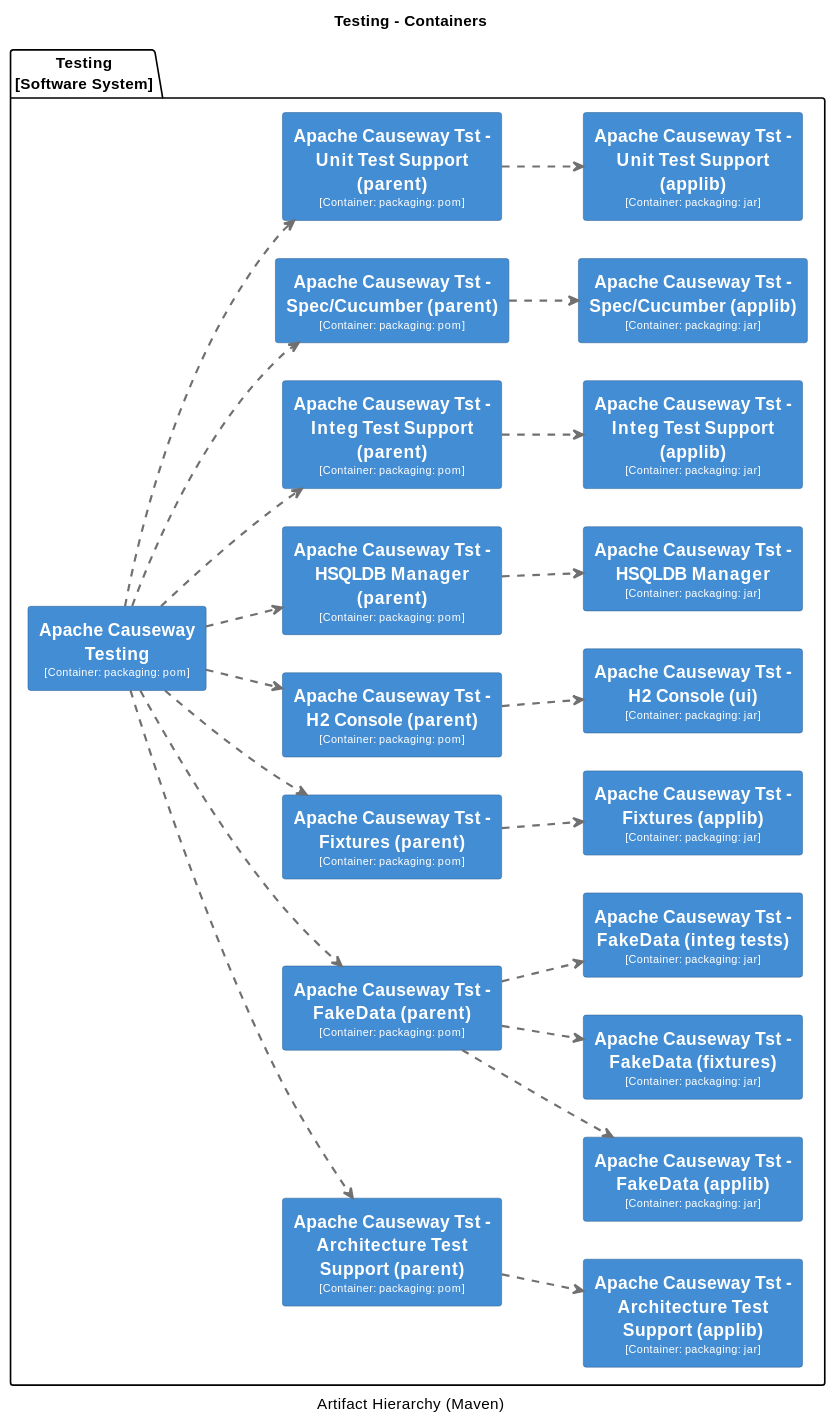
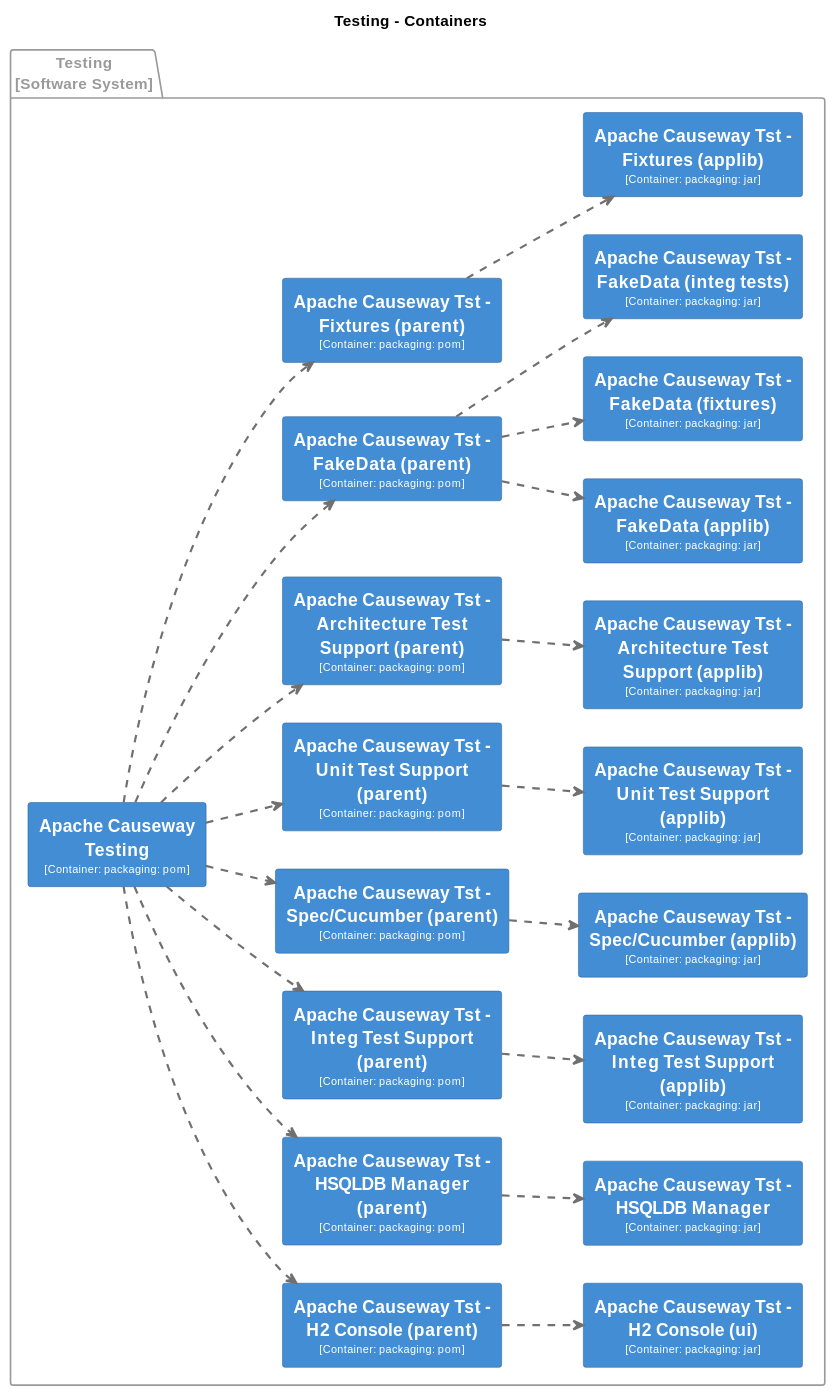
One commit to apache/causeway changed the third of 31 diagrams in core/adoc/modules/_overview/pages/about.adoc. Above: the diagram before and after it, drawn with PlantUML. The commit also changed other lines of this file and 7 other files, not shown here.

```diff
--- a/core/adoc/modules/_overview/pages/about.adoc
+++ b/core/adoc/modules/_overview/pages/about.adoc
@@ -128,8 +144,10 @@
 [plantuml,Testing,svg]
 ----
-@startuml(id=Testing)
+@startuml
+set separator none
 title Testing - Containers
-caption Artifact Hierarchy (Maven)
+
+left to right direction
 
 skinparam {
   shadowing false
@@ -138,141 +156,147 @@
   wrapWidth 200
   maxMessageSize 100
 }
+
 hide stereotype
-left to right direction
-skinparam rectangle<<11>> {
+
+skinparam rectangle<<Testing.ApacheCausewayTesting>> {
   BackgroundColor #438dd5
   FontColor #fffffe
   BorderColor #2e6295
 }
-skinparam rectangle<<12>> {
+skinparam rectangle<<Testing.ApacheCausewayTstArchitectureTestSupportapplib>> {
   BackgroundColor #438dd5
   FontColor #fffffe
   BorderColor #2e6295
 }
-skinparam rectangle<<13>> {
+skinparam rectangle<<Testing.ApacheCausewayTstArchitectureTestSupportparent>> {
   BackgroundColor #438dd5
   FontColor #fffffe
   BorderColor #2e6295
 }
-skinparam rectangle<<14>> {
+skinparam rectangle<<Testing.ApacheCausewayTstFakeDataapplib>> {
   BackgroundColor #438dd5
   FontColor #fffffe
   BorderColor #2e6295
 }
-skinparam rectangle<<15>> {
+skinparam rectangle<<Testing.ApacheCausewayTstFakeDatafixtures>> {
   BackgroundColor #438dd5
   FontColor #fffffe
   BorderColor #2e6295
 }
-skinparam rectangle<<16>> {
+skinparam rectangle<<Testing.ApacheCausewayTstFakeDataintegtests>> {
   BackgroundColor #438dd5
   FontColor #fffffe
   BorderColor #2e6295
 }
-skinparam rectangle<<17>> {
+skinparam rectangle<<Testing.ApacheCausewayTstFakeDataparent>> {
   BackgroundColor #438dd5
   FontColor #fffffe
   BorderColor #2e6295
 }
-skinparam rectangle<<18>> {
+skinparam rectangle<<Testing.ApacheCausewayTstFixturesapplib>> {
   BackgroundColor #438dd5
   FontColor #fffffe
   BorderColor #2e6295
 }
-skinparam rectangle<<19>> {
+skinparam rectangle<<Testing.ApacheCausewayTstFixturesparent>> {
   BackgroundColor #438dd5
   FontColor #fffffe
   BorderColor #2e6295
 }
-skinparam rectangle<<2>> {
+skinparam rectangle<<Testing.ApacheCausewayTstH2Consoleparent>> {
   BackgroundColor #438dd5
   FontColor #fffffe
   BorderColor #2e6295
 }
-skinparam rectangle<<3>> {
+skinparam rectangle<<Testing.ApacheCausewayTstH2Consoleui>> {
   BackgroundColor #438dd5
   FontColor #fffffe
   BorderColor #2e6295
 }
-skinparam rectangle<<4>> {
+skinparam rectangle<<Testing.ApacheCausewayTstHSQLDBManager>> {
   BackgroundColor #438dd5
   FontColor #fffffe
   BorderColor #2e6295
 }
-skinparam rectangle<<5>> {
+skinparam rectangle<<Testing.ApacheCausewayTstHSQLDBManagerparent>> {
   BackgroundColor #438dd5
   FontColor #fffffe
   BorderColor #2e6295
 }
-skinparam rectangle<<6>> {
+skinparam rectangle<<Testing.ApacheCausewayTstIntegTestSupportapplib>> {
   BackgroundColor #438dd5
   FontColor #fffffe
   BorderColor #2e6295
 }
-skinparam rectangle<<7>> {
+skinparam rectangle<<Testing.ApacheCausewayTstIntegTestSupportparent>> {
   BackgroundColor #438dd5
   FontColor #fffffe
   BorderColor #2e6295
 }
-skinparam rectangle<<8>> {
+skinparam rectangle<<Testing.ApacheCausewayTstSpecCucumberapplib>> {
   BackgroundColor #438dd5
   FontColor #fffffe
   BorderColor #2e6295
 }
-skinparam rectangle<<9>> {
+skinparam rectangle<<Testing.ApacheCausewayTstSpecCucumberparent>> {
   BackgroundColor #438dd5
   FontColor #fffffe
   BorderColor #2e6295
 }
-skinparam rectangle<<20>> {
+skinparam rectangle<<Testing.ApacheCausewayTstUnitTestSupportapplib>> {
   BackgroundColor #438dd5
   FontColor #fffffe
   BorderColor #2e6295
 }
-skinparam rectangle<<10>> {
+skinparam rectangle<<Testing.ApacheCausewayTstUnitTestSupportparent>> {
   BackgroundColor #438dd5
   FontColor #fffffe
   BorderColor #2e6295
 }
-package "Testing\n[Software System]" {
-  rectangle "==Apache Causeway Testing\n<size:10>[Container: packaging: pom]</size>" <<2>> as 2
-  rectangle "==Apache Causeway Tst - Architecture Test Support (applib)\n<size:10>[Container: packaging: jar]</size>" <<4>> as 4
-  rectangle "==Apache Causeway Tst - Architecture Test Support (parent)\n<size:10>[Container: packaging: pom]</size>" <<3>> as 3
-  rectangle "==Apache Causeway Tst - FakeData (applib)\n<size:10>[Container: packaging: jar]</size>" <<6>> as 6
-  rectangle "==Apache Causeway Tst - FakeData (fixtures)\n<size:10>[Container: packaging: jar]</size>" <<7>> as 7
-  rectangle "==Apache Causeway Tst - FakeData (integ tests)\n<size:10>[Container: packaging: jar]</size>" <<8>> as 8
-  rectangle "==Apache Causeway Tst - FakeData (parent)\n<size:10>[Container: packaging: pom]</size>" <<5>> as 5
-  rectangle "==Apache Causeway Tst - Fixtures (applib)\n<size:10>[Container: packaging: jar]</size>" <<10>> as 10
-  rectangle "==Apache Causeway Tst - Fixtures (parent)\n<size:10>[Container: packaging: pom]</size>" <<9>> as 9
-  rectangle "==Apache Causeway Tst - H2 Console (parent)\n<size:10>[Container: packaging: pom]</size>" <<11>> as 11
-  rectangle "==Apache Causeway Tst - H2 Console (ui)\n<size:10>[Container: packaging: jar]</size>" <<12>> as 12
-  rectangle "==Apache Causeway Tst - HSQLDB Manager\n<size:10>[Container: packaging: jar]</size>" <<14>> as 14
-  rectangle "==Apache Causeway Tst - HSQLDB Manager (parent)\n<size:10>[Container: packaging: pom]</size>" <<13>> as 13
-  rectangle "==Apache Causeway Tst - Integ Test Support (applib)\n<size:10>[Container: packaging: jar]</size>" <<16>> as 16
-  rectangle "==Apache Causeway Tst - Integ Test Support (parent)\n<size:10>[Container: packaging: pom]</size>" <<15>> as 15
-  rectangle "==Apache Causeway Tst - Spec/Cucumber (applib)\n<size:10>[Container: packaging: jar]</size>" <<18>> as 18
-  rectangle "==Apache Causeway Tst - Spec/Cucumber (parent)\n<size:10>[Container: packaging: pom]</size>" <<17>> as 17
-  rectangle "==Apache Causeway Tst - Unit Test Support (applib)\n<size:10>[Container: packaging: jar]</size>" <<20>> as 20
-  rectangle "==Apache Causeway Tst - Unit Test Support (parent)\n<size:10>[Container: packaging: pom]</size>" <<19>> as 19
+
+package "Testing\n[Software System]" <<Testing>> {
+  skinparam PackageBorderColor<<Testing>> #9a9a9a
+  skinparam PackageFontColor<<Testing>> #9a9a9a
+
+  rectangle "==Apache Causeway Tst - Fixtures (applib)\n<size:10>[Container: packaging: jar]</size>" <<Testing.ApacheCausewayTstFixturesapplib>> as Testing.ApacheCausewayTstFixturesapplib
+  rectangle "==Apache Causeway Tst - H2 Console (parent)\n<size:10>[Container: packaging: pom]</size>" <<Testing.ApacheCausewayTstH2Consoleparent>> as Testing.ApacheCausewayTstH2Consoleparent
+  rectangle "==Apache Causeway Tst - H2 Console (ui)\n<size:10>[Container: packaging: jar]</size>" <<Testing.ApacheCausewayTstH2Consoleui>> as Testing.ApacheCausewayTstH2Consoleui
+  rectangle "==Apache Causeway Tst - HSQLDB Manager (parent)\n<size:10>[Container: packaging: pom]</size>" <<Testing.ApacheCausewayTstHSQLDBManagerparent>> as Testing.ApacheCausewayTstHSQLDBManagerparent
+  rectangle "==Apache Causeway Tst - HSQLDB Manager\n<size:10>[Container: packaging: jar]</size>" <<Testing.ApacheCausewayTstHSQLDBManager>> as Testing.ApacheCausewayTstHSQLDBManager
+  rectangle "==Apache Causeway Tst - Integ Test Support (parent)\n<size:10>[Container: packaging: pom]</size>" <<Testing.ApacheCausewayTstIntegTestSupportparent>> as Testing.ApacheCausewayTstIntegTestSupportparent
+  rectangle "==Apache Causeway Tst - Integ Test Support (applib)\n<size:10>[Container: packaging: jar]</size>" <<Testing.ApacheCausewayTstIntegTestSupportapplib>> as Testing.ApacheCausewayTstIntegTestSupportapplib
+  rectangle "==Apache Causeway Tst - Spec/Cucumber (parent)\n<size:10>[Container: packaging: pom]</size>" <<Testing.ApacheCausewayTstSpecCucumberparent>> as Testing.ApacheCausewayTstSpecCucumberparent
+  rectangle "==Apache Causeway Tst - Spec/Cucumber (applib)\n<size:10>[Container: packaging: jar]</size>" <<Testing.ApacheCausewayTstSpecCucumberapplib>> as Testing.ApacheCausewayTstSpecCucumberapplib
+  rectangle "==Apache Causeway Tst - Unit Test Support (parent)\n<size:10>[Container: packaging: pom]</size>" <<Testing.ApacheCausewayTstUnitTestSupportparent>> as Testing.ApacheCausewayTstUnitTestSupportparent
+  rectangle "==Apache Causeway Testing\n<size:10>[Container: packaging: pom]</size>" <<Testing.ApacheCausewayTesting>> as Testing.ApacheCausewayTesting
+  rectangle "==Apache Causeway Tst - Unit Test Support (applib)\n<size:10>[Container: packaging: jar]</size>" <<Testing.ApacheCausewayTstUnitTestSupportapplib>> as Testing.ApacheCausewayTstUnitTestSupportapplib
+  rectangle "==Apache Causeway Tst - Architecture Test Support (parent)\n<size:10>[Container: packaging: pom]</size>" <<Testing.ApacheCausewayTstArchitectureTestSupportparent>> as Testing.ApacheCausewayTstArchitectureTestSupportparent
+  rectangle "==Apache Causeway Tst - Architecture Test Support (applib)\n<size:10>[Container: packaging: jar]</size>" <<Testing.ApacheCausewayTstArchitectureTestSupportapplib>> as Testing.ApacheCausewayTstArchitectureTestSupportapplib
+  rectangle "==Apache Causeway Tst - FakeData (parent)\n<size:10>[Container: packaging: pom]</size>" <<Testing.ApacheCausewayTstFakeDataparent>> as Testing.ApacheCausewayTstFakeDataparent
+  rectangle "==Apache Causeway Tst - FakeData (applib)\n<size:10>[Container: packaging: jar]</size>" <<Testing.ApacheCausewayTstFakeDataapplib>> as Testing.ApacheCausewayTstFakeDataapplib
+  rectangle "==Apache Causeway Tst - FakeData (fixtures)\n<size:10>[Container: packaging: jar]</size>" <<Testing.ApacheCausewayTstFakeDatafixtures>> as Testing.ApacheCausewayTstFakeDatafixtures
+  rectangle "==Apache Causeway Tst - FakeData (integ tests)\n<size:10>[Container: packaging: jar]</size>" <<Testing.ApacheCausewayTstFakeDataintegtests>> as Testing.ApacheCausewayTstFakeDataintegtests
+  rectangle "==Apache Causeway Tst - Fixtures (parent)\n<size:10>[Container: packaging: pom]</size>" <<Testing.ApacheCausewayTstFixturesparent>> as Testing.ApacheCausewayTstFixturesparent
 }
-2 .[#707070,thickness=2].> 3 : ""
-2 .[#707070,thickness=2].> 5 : ""
-2 .[#707070,thickness=2].> 9 : ""
-2 .[#707070,thickness=2].> 11 : ""
-2 .[#707070,thickness=2].> 13 : ""
-2 .[#707070,thickness=2].> 15 : ""
-2 .[#707070,thickness=2].> 17 : ""
-2 .[#707070,thickness=2].> 19 : ""
-3 .[#707070,thickness=2].> 4 : ""
-5 .[#707070,thickness=2].> 6 : ""
-5 .[#707070,thickness=2].> 7 : ""
-5 .[#707070,thickness=2].> 8 : ""
-9 .[#707070,thickness=2].> 10 : ""
-11 .[#707070,thickness=2].> 12 : ""
-13 .[#707070,thickness=2].> 14 : ""
-15 .[#707070,thickness=2].> 16 : ""
-17 .[#707070,thickness=2].> 18 : ""
-19 .[#707070,thickness=2].> 20 : ""
+
+Testing.ApacheCausewayTesting .[#707070,thickness=2].> Testing.ApacheCausewayTstArchitectureTestSupportparent : "<color:#707070>"
+Testing.ApacheCausewayTesting .[#707070,thickness=2].> Testing.ApacheCausewayTstFakeDataparent : "<color:#707070>"
+Testing.ApacheCausewayTesting .[#707070,thickness=2].> Testing.ApacheCausewayTstFixturesparent : "<color:#707070>"
+Testing.ApacheCausewayTesting .[#707070,thickness=2].> Testing.ApacheCausewayTstH2Consoleparent : "<color:#707070>"
+Testing.ApacheCausewayTesting .[#707070,thickness=2].> Testing.ApacheCausewayTstHSQLDBManagerparent : "<color:#707070>"
+Testing.ApacheCausewayTesting .[#707070,thickness=2].> Testing.ApacheCausewayTstIntegTestSupportparent : "<color:#707070>"
+Testing.ApacheCausewayTesting .[#707070,thickness=2].> Testing.ApacheCausewayTstSpecCucumberparent : "<color:#707070>"
+Testing.ApacheCausewayTesting .[#707070,thickness=2].> Testing.ApacheCausewayTstUnitTestSupportparent : "<color:#707070>"
+Testing.ApacheCausewayTstArchitectureTestSupportparent .[#707070,thickness=2].> Testing.ApacheCausewayTstArchitectureTestSupportapplib : "<color:#707070>"
+Testing.ApacheCausewayTstFakeDataparent .[#707070,thickness=2].> Testing.ApacheCausewayTstFakeDataapplib : "<color:#707070>"
+Testing.ApacheCausewayTstFakeDataparent .[#707070,thickness=2].> Testing.ApacheCausewayTstFakeDatafixtures : "<color:#707070>"
+Testing.ApacheCausewayTstFakeDataparent .[#707070,thickness=2].> Testing.ApacheCausewayTstFakeDataintegtests : "<color:#707070>"
+Testing.ApacheCausewayTstFixturesparent .[#707070,thickness=2].> Testing.ApacheCausewayTstFixturesapplib : "<color:#707070>"
+Testing.ApacheCausewayTstH2Consoleparent .[#707070,thickness=2].> Testing.ApacheCausewayTstH2Consoleui : "<color:#707070>"
+Testing.ApacheCausewayTstHSQLDBManagerparent .[#707070,thickness=2].> Testing.ApacheCausewayTstHSQLDBManager : "<color:#707070>"
+Testing.ApacheCausewayTstIntegTestSupportparent .[#707070,thickness=2].> Testing.ApacheCausewayTstIntegTestSupportapplib : "<color:#707070>"
+Testing.ApacheCausewayTstSpecCucumberparent .[#707070,thickness=2].> Testing.ApacheCausewayTstSpecCucumberapplib : "<color:#707070>"
+Testing.ApacheCausewayTstUnitTestSupportparent .[#707070,thickness=2].> Testing.ApacheCausewayTstUnitTestSupportapplib : "<color:#707070>"
 @enduml
 ----
```
